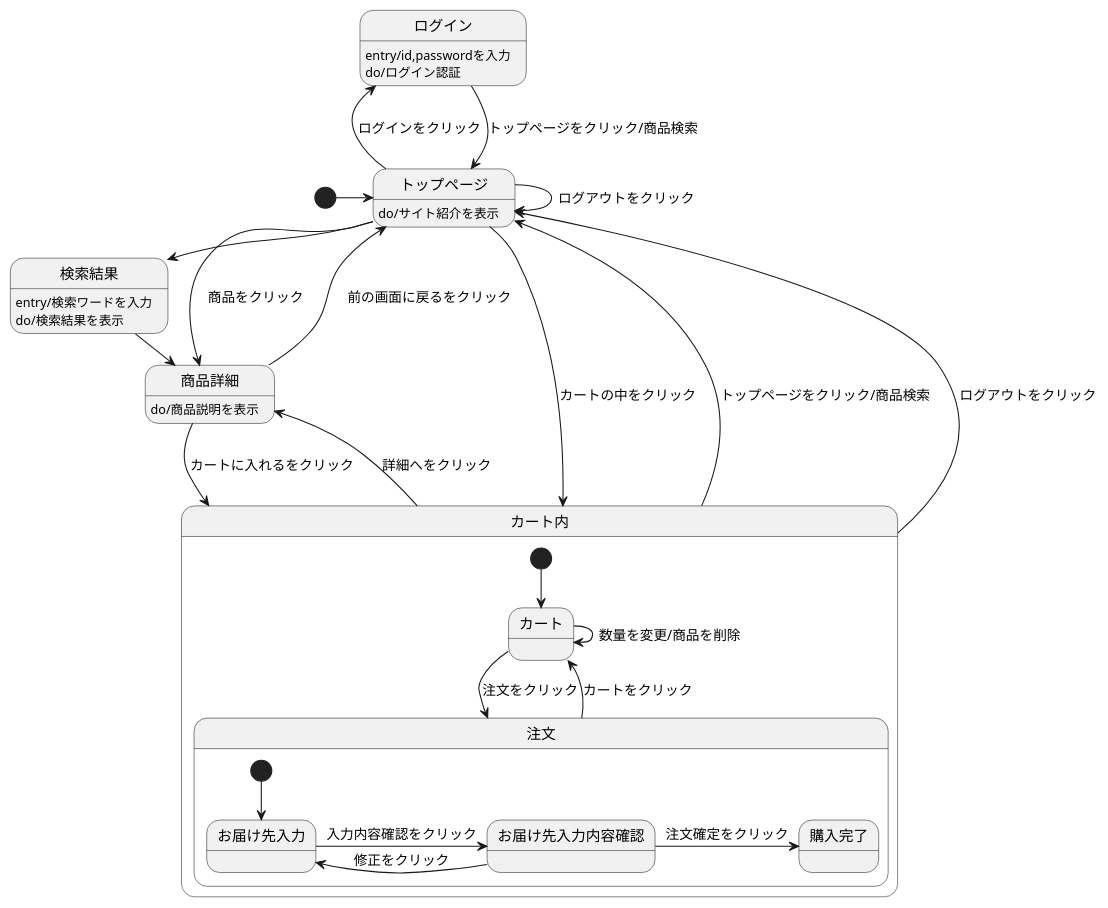
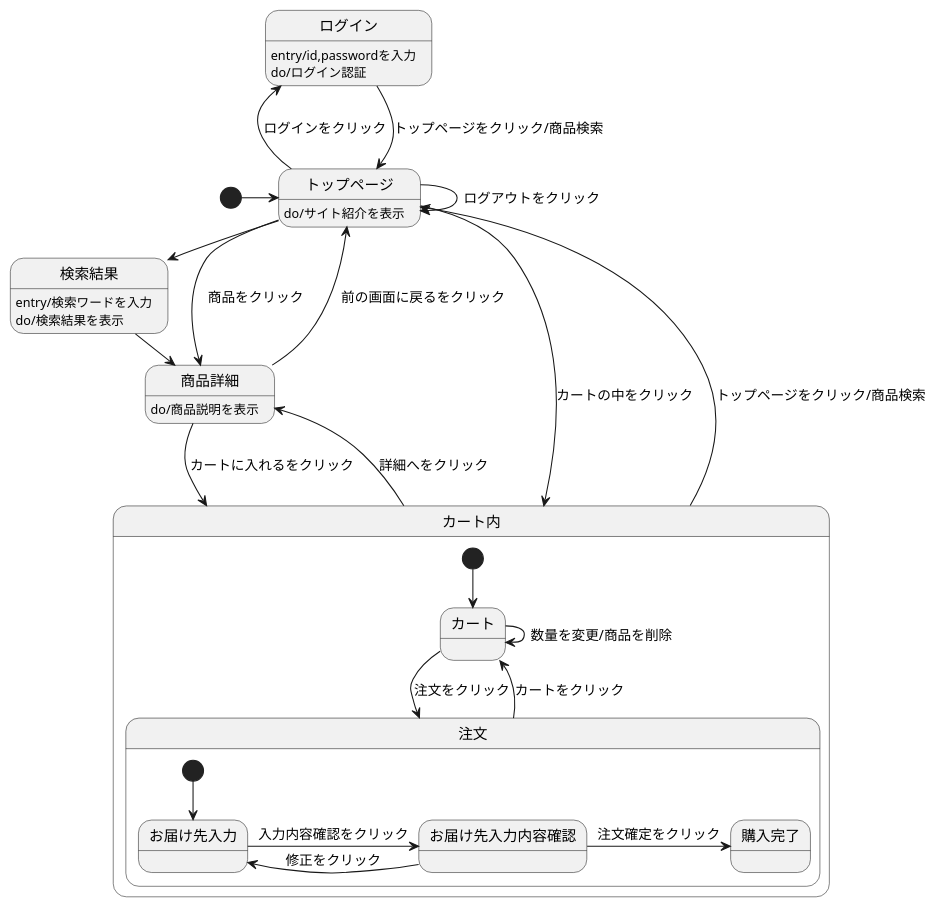
Before and after one commit to Aso2001369/2021sys-design: the diagram in src2/md/状態遷移図.md, drawn with PlantUML.

````diff
--- a/src2/md/状態遷移図.md
+++ b/src2/md/状態遷移図.md
@@ -1,37 +1,36 @@
 ```uml
 @startuml
 
 [*] -> トップページ
 ログイン --> トップページ : トップページをクリック/商品検索
 ログイン : entry/id,passwordを入力
 ログイン : do/ログイン認証
 トップページ --> トップページ : ログアウトをクリック
 トップページ -> 検索結果 : 商品検索
 トップページ -> 商品詳細 : 商品をクリック
 トップページ -left-> ログイン : ログインをクリック
 トップページ --> カート内 : カートの中をクリック
 トップページ : do/サイト紹介を表示
 検索結果 -> 商品詳細 : 商品をクリック
 検索結果 : entry/検索ワードを入力
 検索結果 : do/検索結果を表示
 商品詳細 --> カート内 : カートに入れるをクリック
 商品詳細 --> トップページ : 前の画面に戻るをクリック
 商品詳細 : do/商品説明を表示
 カート内 -up-> トップページ : トップページをクリック/商品検索
-カート内 -up-> トップページ : ログアウトをクリック
 カート内 -> 商品詳細 : 詳細へをクリック
 
 state カート内 {
   [*] --> カート
   カート -> 注文 : 注文をクリック
   カート -> カート : 数量を変更/商品を削除
   注文 --> カート : カートをクリック
   state 注文 {
     [*] --> お届け先入力
     お届け先入力 -> お届け先入力内容確認 : 入力内容確認をクリック
     お届け先入力内容確認 -> お届け先入力 : 修正をクリック
     お届け先入力内容確認 -> 購入完了 : 注文確定をクリック
   }
  }
 @enduml
 ```
````
